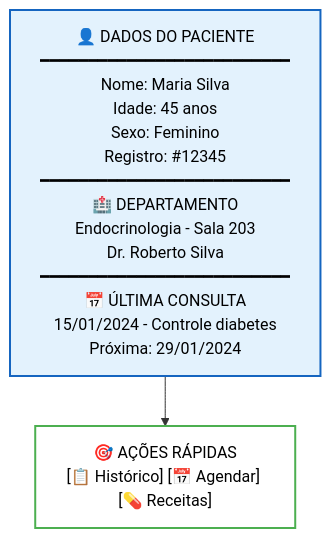
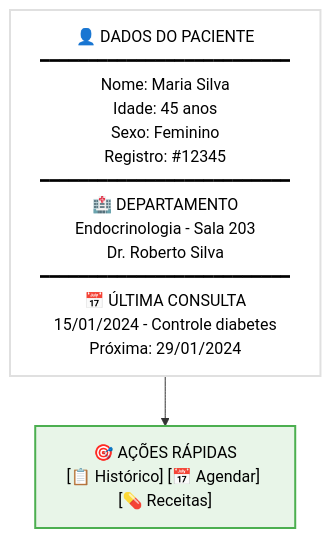
The sixth of 15 diagrams in DESIGN.md (brunovlucena/prontuario), drawn with Mermaid before and after one commit. The commit also changed other lines of this file, not shown here.

````diff
--- a/DESIGN.md
+++ b/DESIGN.md
@@ -121,11 +147,11 @@
 ```mermaid
 flowchart TD
     PatientCard["👤 DADOS DO PACIENTE<br/>━━━━━━━━━━━━━━━━━━━━━━━━━━<br/>Nome: Maria Silva<br/>Idade: 45 anos<br/>Sexo: Feminino<br/>Registro: #12345<br/>━━━━━━━━━━━━━━━━━━━━━━━━━━<br/>🏥 DEPARTAMENTO<br/>Endocrinologia - Sala 203<br/>Dr. Roberto Silva<br/>━━━━━━━━━━━━━━━━━━━━━━━━━━<br/>📅 ÚLTIMA CONSULTA<br/>15/01/2024 - Controle diabetes<br/>Próxima: 29/01/2024"]
     
     ActionPatient["🎯 AÇÕES RÁPIDAS<br/>[📋 Histórico] [📅 Agendar] [💊 Receitas]"]
 
     PatientCard --> ActionPatient
 
-    style PatientCard fill:#E3F2FD,stroke:#1565C0,stroke-width:2px,color:#000
-    style ActionPatient fill:#FFFFFF,stroke:#4CAF50,stroke-width:2px,color:#000
+    style PatientCard fill:#FFFFFF,stroke:#E0E0E0,stroke-width:2px,color:#000
+    style ActionPatient fill:#E8F5E8,stroke:#4CAF50,stroke-width:2px,color:#000
 ```
````
